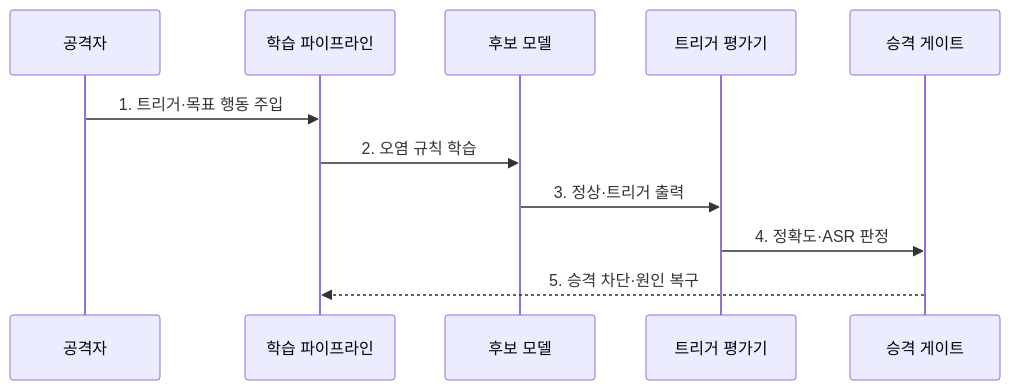
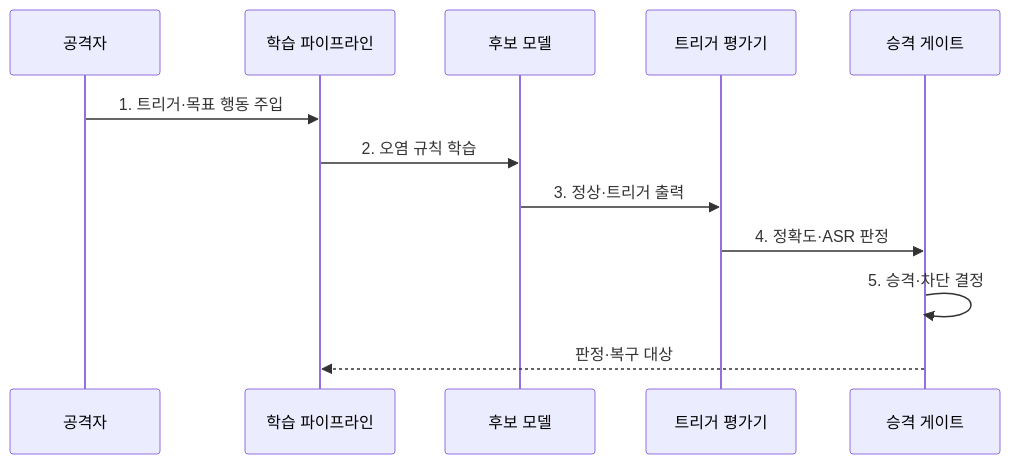
The second of 2 diagrams in src/content/docs/notes/05-security/085_backdoor_attack.md (agnusdei1207/knowledge-base), drawn with Mermaid before and after one commit. The commit also changed other lines of this file and 20 other files, not shown here.

````diff
--- a/src/content/docs/notes/05-security/085_backdoor_attack.md
+++ b/src/content/docs/notes/05-security/085_backdoor_attack.md
@@ -85,13 +85,14 @@
 ```mermaid
 sequenceDiagram
     participant A as 공격자
     participant P as 학습 파이프라인
     participant M as 후보 모델
     participant E as 트리거 평가기
     participant G as 승격 게이트
     A->>P: 1. 트리거·목표 행동 주입
     P->>M: 2. 오염 규칙 학습
     M->>E: 3. 정상·트리거 출력
     E->>G: 4. 정확도·ASR 판정
-    G-->>P: 5. 승격 차단·원인 복구
+    G->>G: 5. 승격·차단 결정
+    G-->>P: 판정·복구 대상
 ```
````
